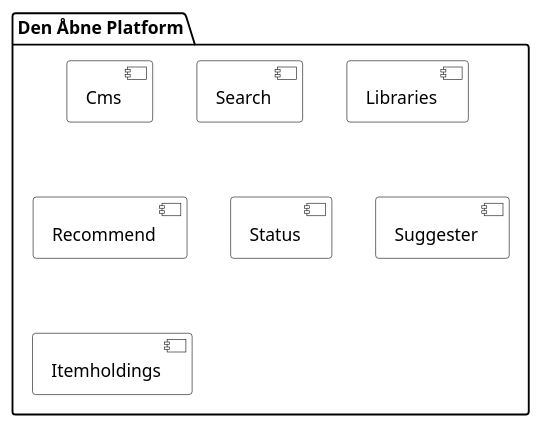
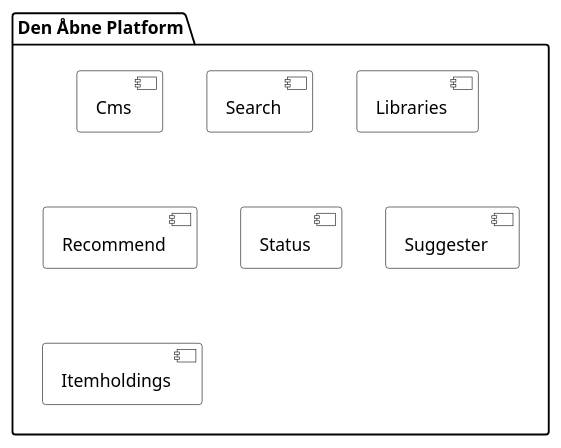
One commit to danskernesdigitalebibliotek/plantuml changed the diagram in docs/components/OpenPlatform.puml. Above: the diagram before and after it, drawn with PlantUML.

```diff
--- a/docs/components/OpenPlatform.puml
+++ b/docs/components/OpenPlatform.puml
@@ -1,20 +1,21 @@
 @startuml
 'header SayHello
 'footer Page %page% of %lastpage%
 
 skinparam component {
     backgroundColor [Biblio] LightGray
 }
 
 
     package "Den Åbne Platform" {
+    together {
       [Cms]
       [Search]
       [Libraries]
       [Recommend]
       [Status]
       [Suggester]
       [Itemholdings]
     }
-    
+    }
 @enduml
```
